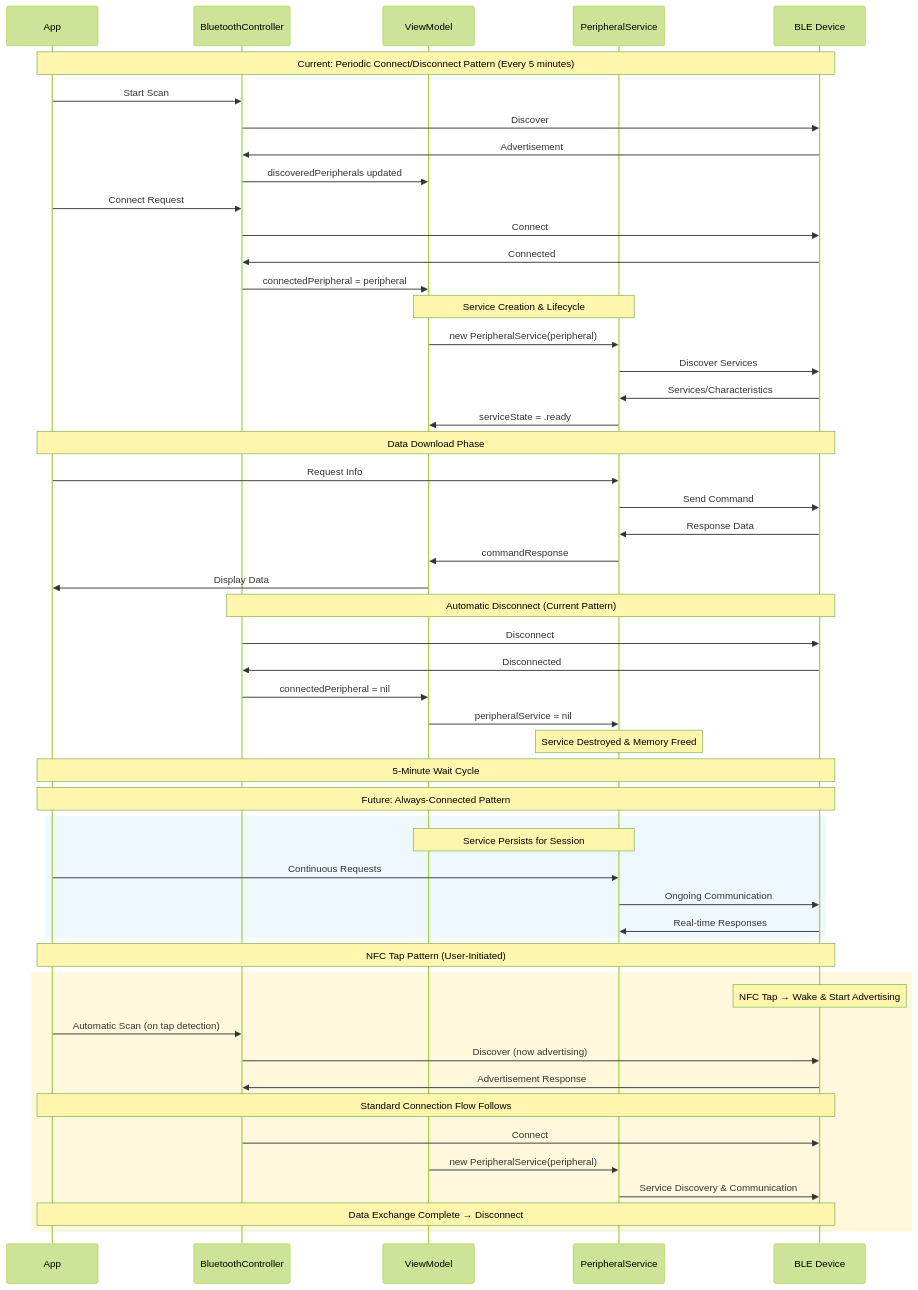
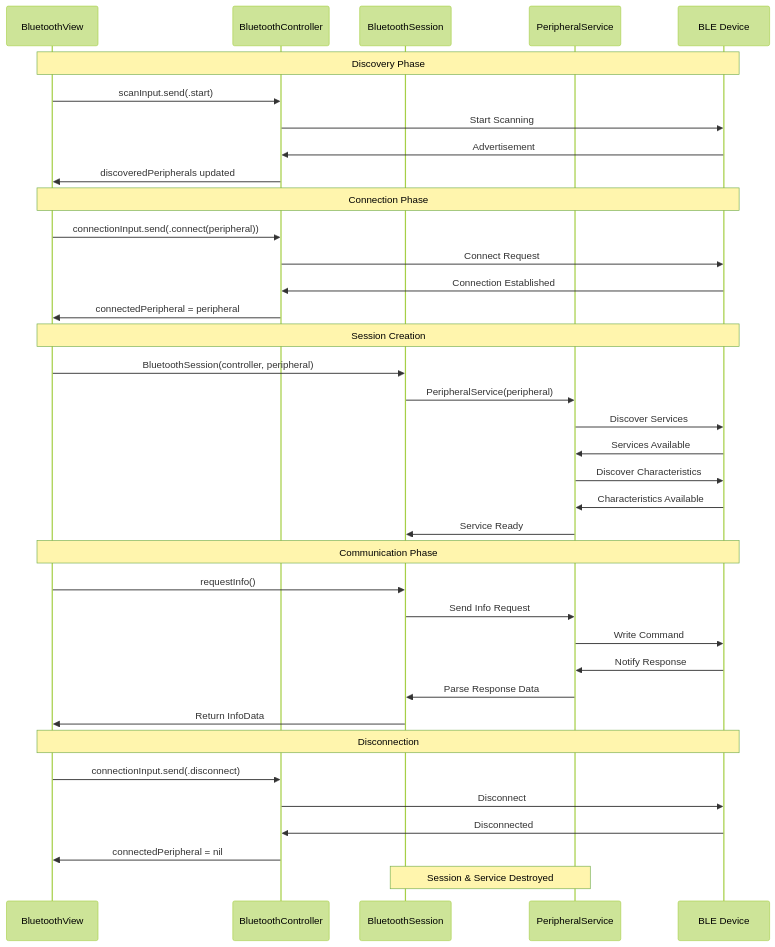
One commit to maxim-biolinq/BluetoothDemo changed the diagram in BluetoothComponents/Sources/BluetoothComponents/docs/connection-lifecycle-diagram.md. Above: the diagram before and after it, drawn with Mermaid (forest theme). The commit also changed other lines of this file and 5 other files, not shown here.

````diff
--- a/BluetoothComponents/Sources/BluetoothComponents/docs/connection-lifecycle-diagram.md
+++ b/BluetoothComponents/Sources/BluetoothComponents/docs/connection-lifecycle-diagram.md
@@ -7,63 +7,44 @@
 ```mermaid
 sequenceDiagram
-    participant App as App
+    participant UI as BluetoothView
     participant BC as BluetoothController
-    participant VM as ViewModel
+    participant BS as BluetoothSession
     participant PS as PeripheralService
     participant Device as BLE Device
 
-    Note over App,Device: Current: Periodic Connect/Disconnect Pattern (Every 5 minutes)
+    Note over UI,Device: Discovery Phase
+    UI->>BC: scanInput.send(.start)
+    BC->>Device: Start Scanning
+    Device->>BC: Advertisement
+    BC->>UI: discoveredPeripherals updated
 
-    App->>BC: Start Scan
-    BC->>Device: Discover
-    Device->>BC: Advertisement
-    BC->>VM: discoveredPeripherals updated
+    Note over UI,Device: Connection Phase
+    UI->>BC: connectionInput.send(.connect(peripheral))
+    BC->>Device: Connect Request
+    Device->>BC: Connection Established
+    BC->>UI: connectedPeripheral = peripheral
 
-    App->>BC: Connect Request
-    BC->>Device: Connect
-    Device->>BC: Connected
-    BC->>VM: connectedPeripheral = peripheral
+    Note over UI,Device: Session Creation
+    UI->>BS: BluetoothSession(controller, peripheral)
+    BS->>PS: PeripheralService(peripheral)
+    PS->>Device: Discover Services
+    Device->>PS: Services Available
+    PS->>Device: Discover Characteristics
+    Device->>PS: Characteristics Available
+    PS->>BS: Service Ready
 
-    Note over VM,PS: Service Creation & Lifecycle
-    VM->>PS: new PeripheralService(peripheral)
-    PS->>Device: Discover Services
-    Device->>PS: Services/Characteristics
-    PS->>VM: serviceState = .ready
+    Note over UI,Device: Communication Phase
+    UI->>BS: requestInfo()
+    BS->>PS: Send Info Request
+    PS->>Device: Write Command
+    Device->>PS: Notify Response
+    PS->>BS: Parse Response Data
+    BS->>UI: Return InfoData
 
-    Note over App,Device: Data Download Phase
-    App->>PS: Request Info
-    PS->>Device: Send Command
-    Device->>PS: Response Data
-    PS->>VM: commandResponse
-    VM->>App: Display Data
-
-    Note over BC,Device: Automatic Disconnect (Current Pattern)
+    Note over UI,Device: Disconnection
+    UI->>BC: connectionInput.send(.disconnect)
     BC->>Device: Disconnect
     Device->>BC: Disconnected
-    BC->>VM: connectedPeripheral = nil
-    VM->>PS: peripheralService = nil
-    Note over PS: Service Destroyed & Memory Freed
-
-    Note over App,Device: 5-Minute Wait Cycle
-
-    Note over App,Device: Future: Always-Connected Pattern
-    rect rgb(240, 248, 255)
-        Note over VM,PS: Service Persists for Session
-        App->>PS: Continuous Requests
-        PS->>Device: Ongoing Communication
-        Device->>PS: Real-time Responses
-    end
-
-    Note over App,Device: NFC Tap Pattern (User-Initiated)
-    rect rgb(255, 248, 220)
-        Note over Device: NFC Tap → Wake & Start Advertising
-        App->>BC: Automatic Scan (on tap detection)
-        BC->>Device: Discover (now advertising)
-        Device->>BC: Advertisement Response
-        Note over App,Device: Standard Connection Flow Follows
-        BC->>Device: Connect
-        VM->>PS: new PeripheralService(peripheral)
-        PS->>Device: Service Discovery & Communication
-        Note over App,Device: Data Exchange Complete → Disconnect
-    end
+    BC->>UI: connectedPeripheral = nil
+    Note over BS,PS: Session & Service Destroyed
 ```
````
